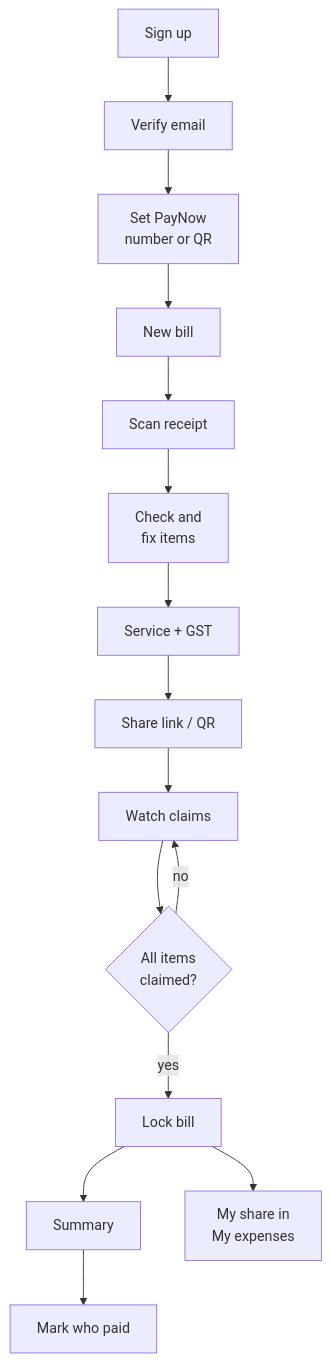
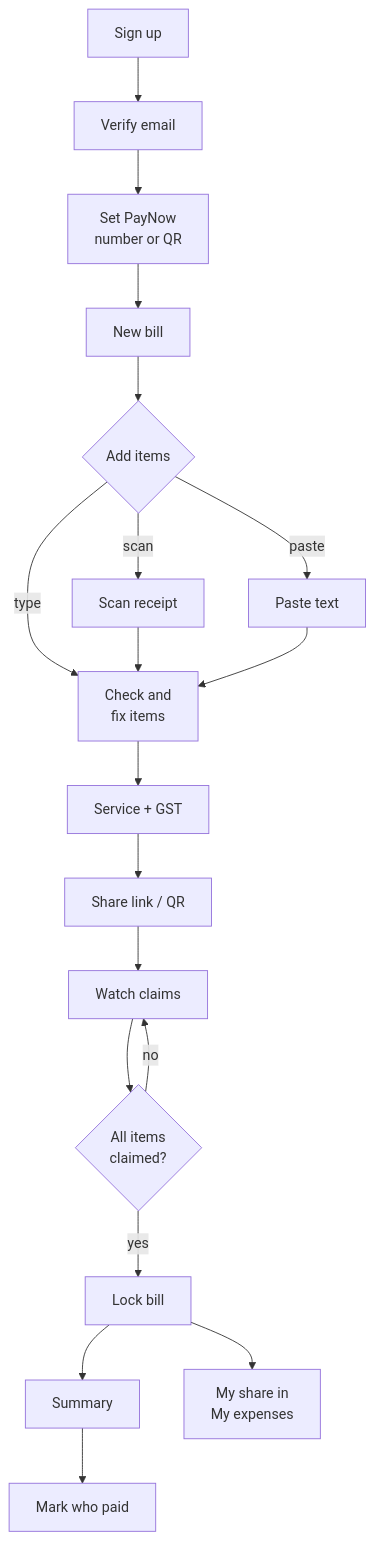
The first of 3 diagrams in docs/user-flows.md (cheewei0123/ay2626s2-cicdp-ChongCheeWei), drawn with Mermaid before and after one commit. The commit also changed other lines of this file and 9 other files, not shown here.

First line of the commit message:
KAN-72 docs(design): add paste-text input and join code to API, flows and wireframes (#30)

````diff
--- a/docs/user-flows.md
+++ b/docs/user-flows.md
@@ -7,17 +7,21 @@
 ```mermaid
 flowchart TD
   A[Sign up] --> B[Verify email]
   B --> C[Set PayNow<br/>number or QR]
   C --> D[New bill]
-  D --> E[Scan receipt]
-  E --> F[Check and<br/>fix items]
+  D --> E{Add items}
+  E -->|scan| E1[Scan receipt]
+  E -->|paste| E2[Paste text]
+  E -->|type| F
+  E1 --> F[Check and<br/>fix items]
+  E2 --> F
   F --> G[Service + GST]
   G --> H[Share link / QR]
   H --> I[Watch claims]
   I --> J{All items<br/>claimed?}
   J -->|no| I
   J -->|yes| K[Lock bill]
   K --> L[Summary]
   L --> M[Mark who paid]
   K --> N[My share in<br/>My expenses]
 ```
````
